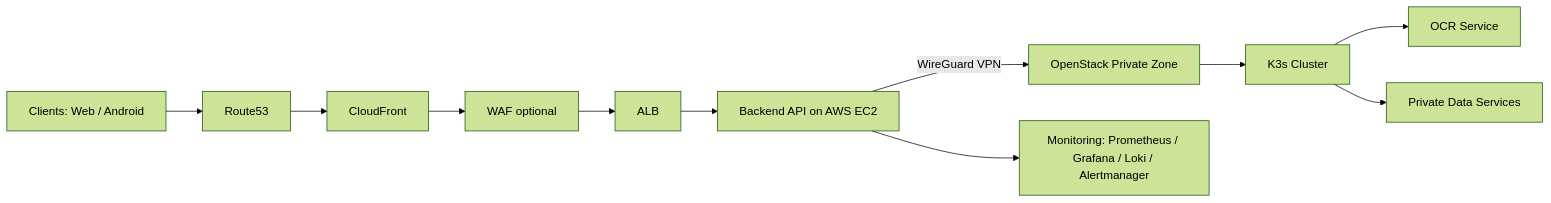
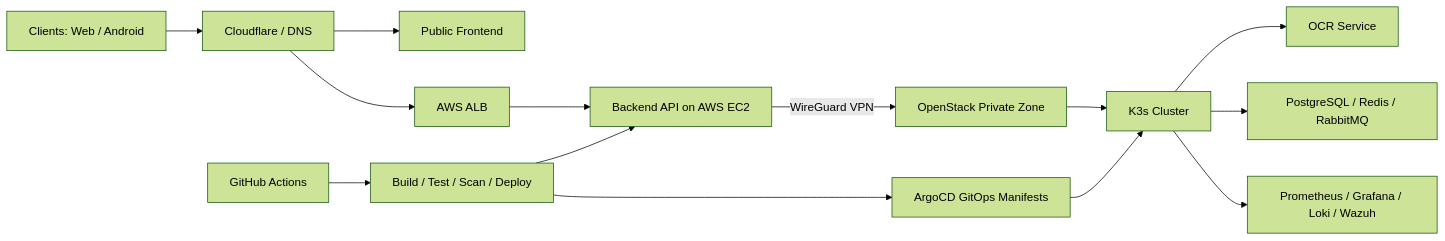
Before and after one commit to hutusnov/healthcare: the diagram in README.md, drawn with Mermaid (forest theme). The commit also changed other lines of this file, not shown here.

````diff
--- a/README.md
+++ b/README.md
@@ -58,13 +66,16 @@
 ```mermaid
 flowchart LR
-    A["Clients: Web / Android"] --> B["Route53"]
-    B --> C["CloudFront"]
-    C --> D["WAF optional"]
-    D --> E["ALB"]
-    E --> F["Backend API on AWS EC2"]
-    F -->|"WireGuard VPN"| G["OpenStack Private Zone"]
-    G --> H["K3s Cluster"]
-    H --> I["OCR Service"]
-    H --> J["Private Data Services"]
-    F --> K["Monitoring: Prometheus / Grafana / Loki / Alertmanager"]
+    A["Clients: Web / Android"] --> B["Cloudflare / DNS"]
+    B --> C["Public Frontend"]
+    B --> D["AWS ALB"]
+    D --> E["Backend API on AWS EC2"]
+    E -->|"WireGuard VPN"| F["OpenStack Private Zone"]
+    F --> G["K3s Cluster"]
+    G --> H["OCR Service"]
+    G --> I["PostgreSQL / Redis / RabbitMQ"]
+    G --> J["Prometheus / Grafana / Loki / Wazuh"]
+    K["GitHub Actions"] --> L["Build / Test / Scan / Deploy"]
+    L --> E
+    L --> M["ArgoCD GitOps Manifests"]
+    M --> G
 ```
````
